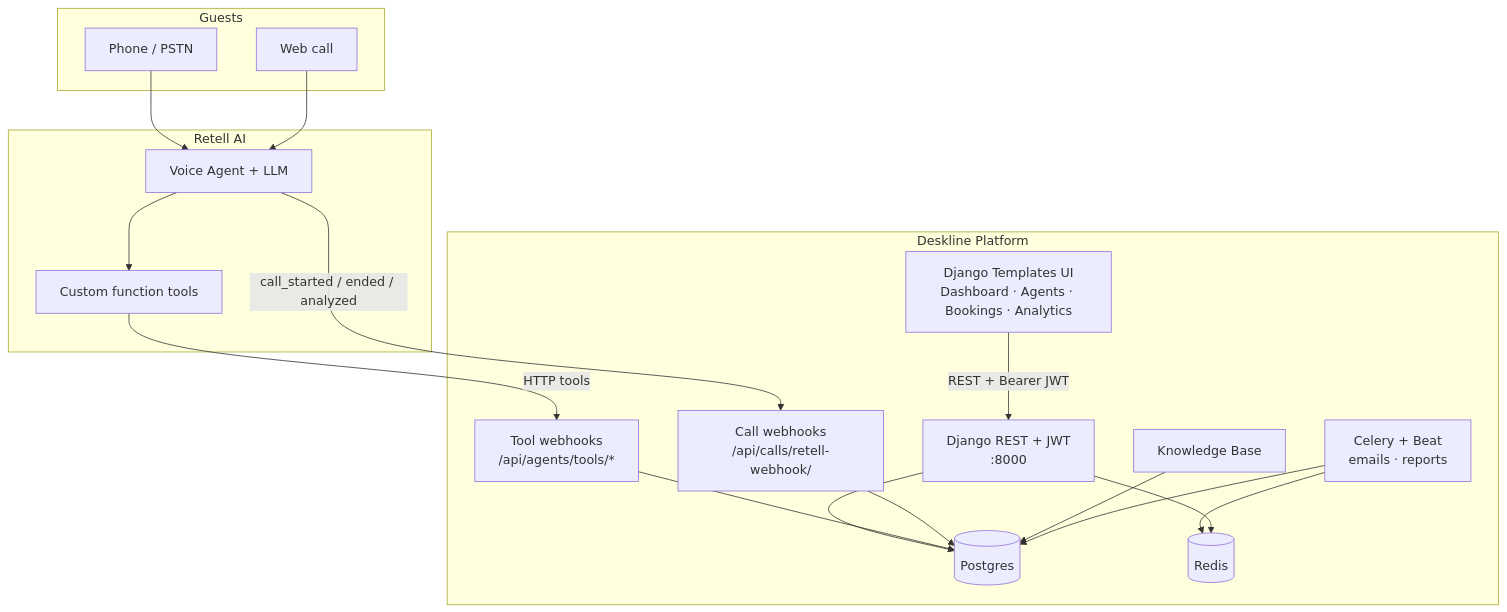
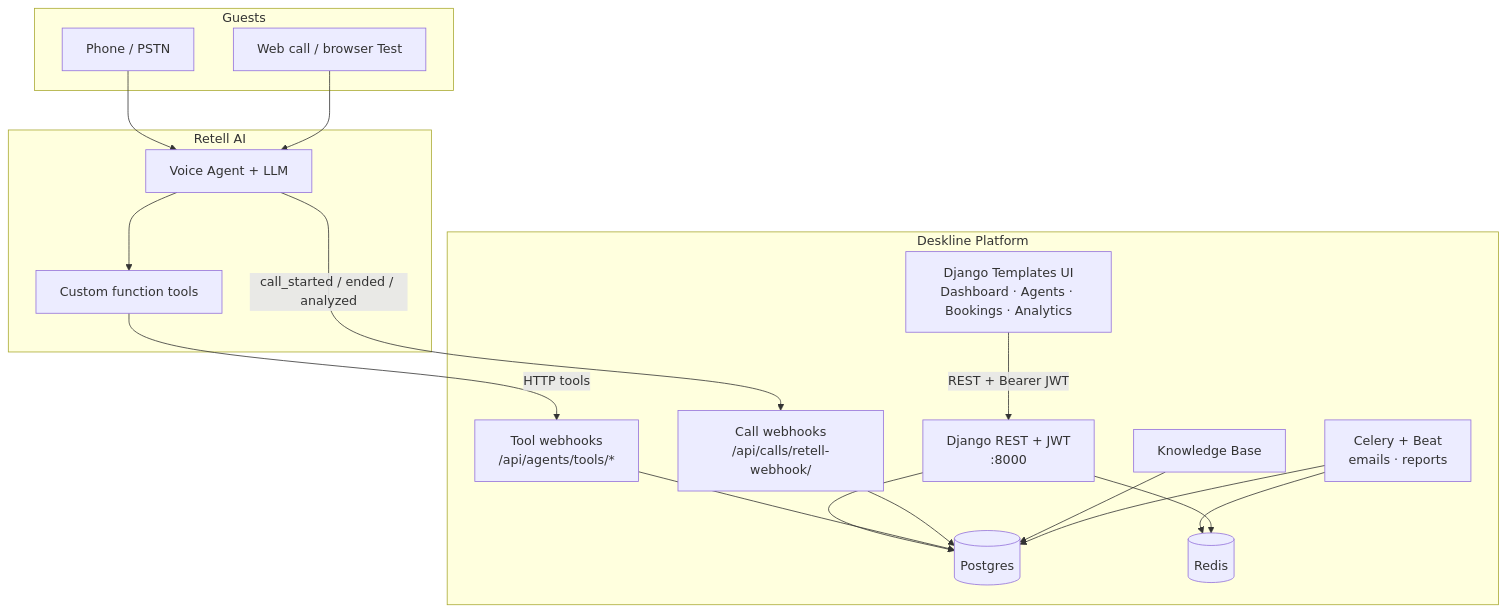
The first of 4 diagrams in README.md (karan-chandel-asc/ai-voice-agent-platform), drawn with Mermaid before and after one commit. The commit also changed other lines of this file and 24 other files, not shown here.

````diff
--- a/README.md
+++ b/README.md
@@ -96,37 +103,37 @@
 ```mermaid
 flowchart TB
   subgraph Guests["Guests"]
     Phone["Phone / PSTN"]
-    WebCall["Web call"]
+    WebCall["Web call / browser Test"]
   end
 
   subgraph RetellCloud["Retell AI"]
     RetellAgent["Voice Agent + LLM"]
     RetellTools["Custom function tools"]
   end
 
   subgraph Deskline["Deskline Platform"]
     UI["Django Templates UI<br/>Dashboard · Agents · Bookings · Analytics"]
     API["Django REST + JWT<br/>:8000"]
     ToolsAPI["Tool webhooks<br/>/api/agents/tools/*"]
     CallWH["Call webhooks<br/>/api/calls/retell-webhook/"]
     KB["Knowledge Base"]
     Celery["Celery + Beat<br/>emails · reports"]
     DB[(Postgres)]
     Redis[(Redis)]
   end
 
   Phone --> RetellAgent
   WebCall --> RetellAgent
   RetellAgent --> RetellTools
   RetellTools -->|"HTTP tools"| ToolsAPI
   RetellAgent -->|"call_started / ended / analyzed"| CallWH
   UI -->|"REST + Bearer JWT"| API
   API --> DB
   ToolsAPI --> DB
   CallWH --> DB
   KB --> DB
   Celery --> Redis
   Celery --> DB
   API --> Redis
 ```
````
